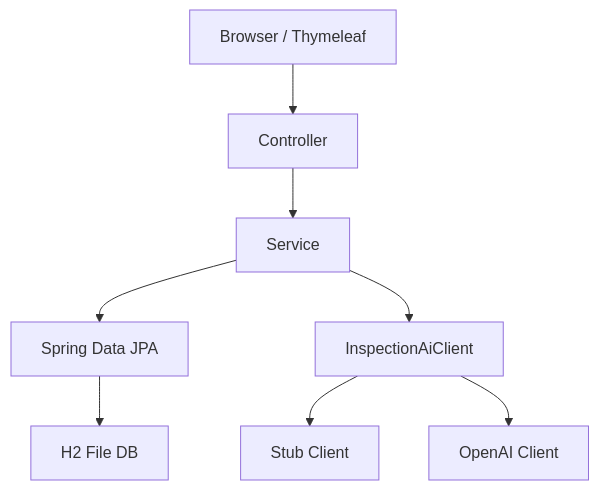
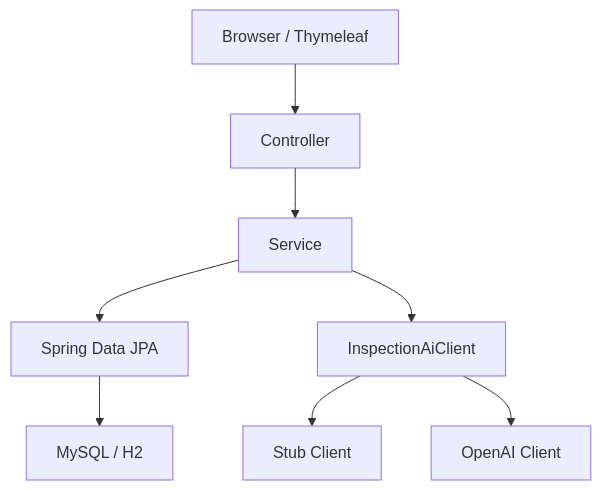
One commit to kjune922/WaterAPI changed the first of 3 diagrams in README.md. Above: the diagram before and after it, drawn with Mermaid. The commit also changed other lines of this file and 18 other files, not shown here.

````diff
--- a/README.md
+++ b/README.md
@@ -93,11 +100,11 @@
 ```mermaid
 flowchart TD
     Browser["Browser / Thymeleaf"] --> Controller["Controller"]
     Controller --> Service["Service"]
     Service --> Repository["Spring Data JPA"]
-    Repository --> DB["H2 File DB"]
+    Repository --> DB["MySQL / H2"]
 
     Service --> Client["InspectionAiClient"]
     Client --> Stub["Stub Client"]
     Client --> OpenAI["OpenAI Client"]
 ```
````
